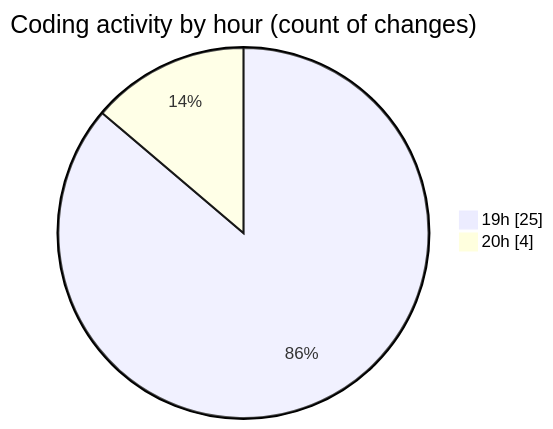
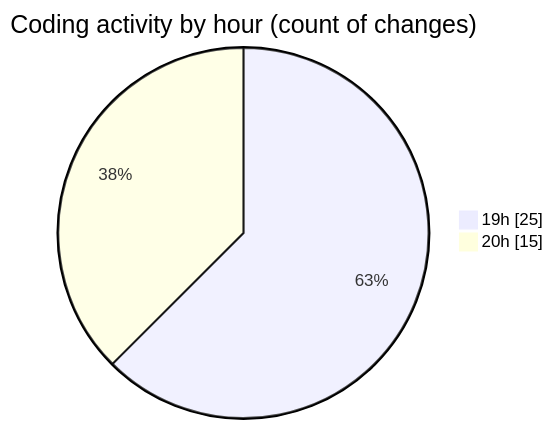
The second of 2 diagrams in 2025-08-06/remakes/README.md (EIIisD/code-tracking), drawn with Mermaid before and after one commit. The commit also changed other lines of this file and 1 other file, not shown here.

````diff
--- a/2025-08-06/remakes/README.md
+++ b/2025-08-06/remakes/README.md
@@ -47,6 +49,6 @@
 ```mermaid
 pie showData
 title Coding activity by hour (count of changes)
 "19h" : 25
-"20h" : 4
+"20h" : 15
 ```
````
